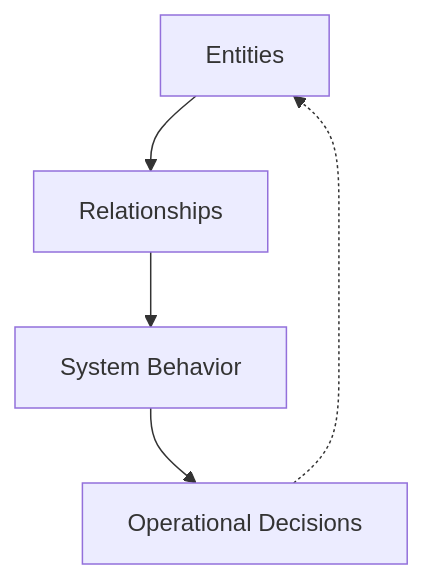
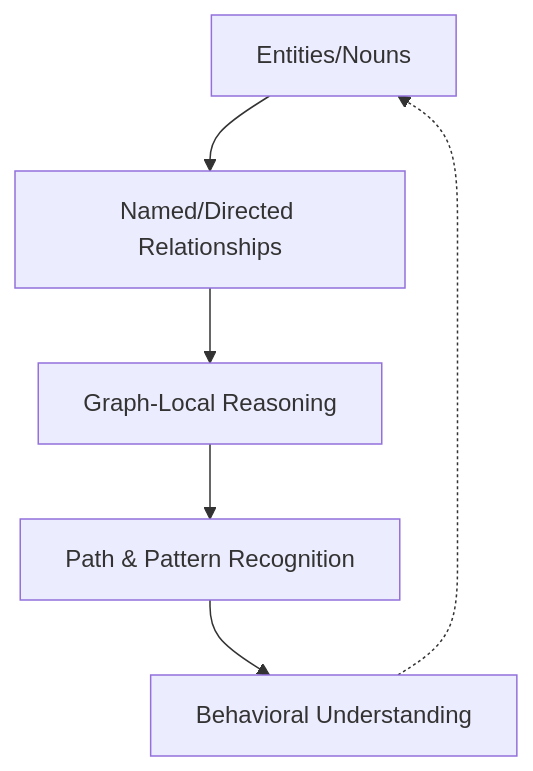
One commit to zbalkan/zbalkan.github.io changed the diagram in _posts/2025-12-21-critical-thinking.md. Above: the diagram before and after it, drawn with Mermaid. The commit also changed other lines of this file and 3 other files, not shown here.

Commit message:
Updated graphs

````diff
--- a/_posts/2025-12-21-critical-thinking.md
+++ b/_posts/2025-12-21-critical-thinking.md
@@ -196,7 +205,9 @@
 ```mermaid
 graph TD
-    Nodes[Entities] --> Edges[Relationships]
-    Edges --> Behavior[System Behavior]
-    Behavior --> Decisions[Operational Decisions]
-    Decisions -.-> Nodes
+    Nodes[Entities/Nouns] --> Edges[Named/Directed Relationships]
+    Edges --> Traversal[Graph-Local Reasoning]
+    Traversal --> Discovery[Path & Pattern Recognition]
+    Discovery --> Insights[Behavioral Understanding]
+    Insights -.-> Nodes
+
 ```
````
